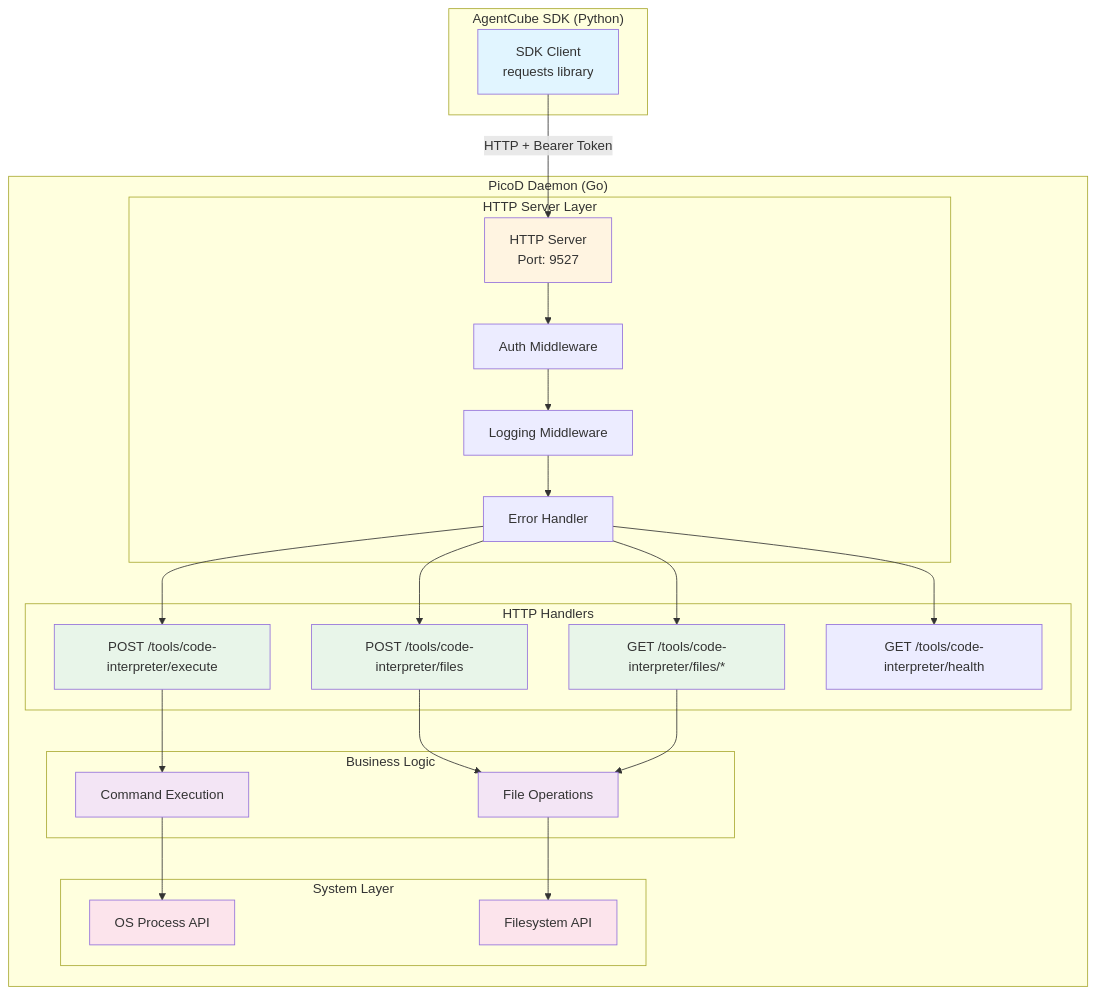
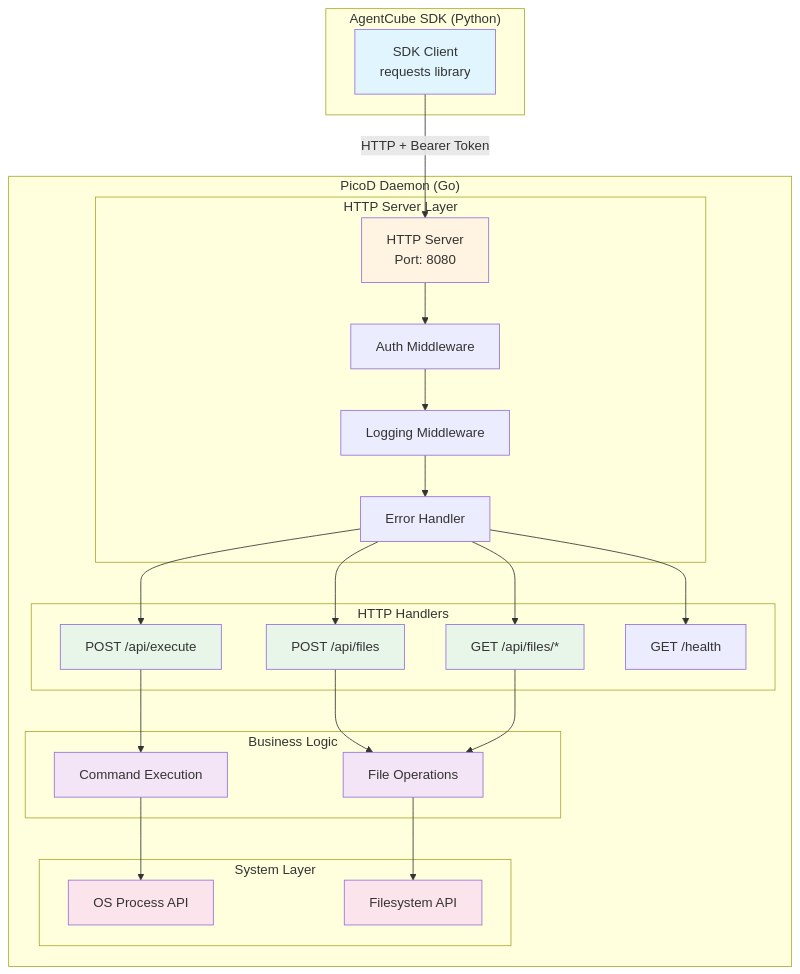
Before and after one commit to volcano-sh/agentcube: the first of 4 diagrams in docs/design/picod-proposal.md, drawn with Mermaid. The commit also changed other lines of this file, not shown here.

````diff
--- a/docs/design/picod-proposal.md
+++ b/docs/design/picod-proposal.md
@@ -125,57 +126,57 @@
 ```mermaid
 graph TB
     subgraph Client["AgentCube SDK (Python)"]
         SDK[SDK Client<br/>requests library]
     end
     
     subgraph PicoD["PicoD Daemon (Go)"]
         subgraph Server["HTTP Server Layer"]
-            HTTPServer[HTTP Server<br/>Port: 9527]
+            HTTPServer[HTTP Server<br/>Port: 8080]
             AuthMiddleware[Auth Middleware]
             LogMiddleware[Logging Middleware]
             ErrorMiddleware[Error Handler]
         end
         
         subgraph Handlers["HTTP Handlers"]
-            ExecuteHandler[POST /tools/code-interpreter/execute]
-            UploadHandler[POST /tools/code-interpreter/files]
-            DownloadHandler[GET /tools/code-interpreter/files/*]
-            HealthHandler[GET /tools/code-interpreter/health]
+            ExecuteHandler[POST /api/execute]
+            UploadHandler[POST /api/files]
+            DownloadHandler[GET /api/files/*]
+            HealthHandler[GET /health]
         end
         
         subgraph Logic["Business Logic"]
             FileOps[File Operations]
             CmdExec[Command Execution]
         end
         
         subgraph System["System Layer"]
             OSProcess[OS Process API]
             Filesystem[Filesystem API]
         end
     end
     
     SDK -->|HTTP + Bearer Token| HTTPServer
     HTTPServer --> AuthMiddleware
     AuthMiddleware --> LogMiddleware
     LogMiddleware --> ErrorMiddleware
     ErrorMiddleware --> ExecuteHandler
     ErrorMiddleware --> UploadHandler
     ErrorMiddleware --> DownloadHandler
     ErrorMiddleware --> HealthHandler
     ExecuteHandler --> CmdExec
     UploadHandler --> FileOps
     DownloadHandler --> FileOps
     FileOps --> Filesystem
     CmdExec --> OSProcess
     
     style SDK fill:#e1f5ff
     style HTTPServer fill:#fff4e1
     style ExecuteHandler fill:#e8f5e9
     style UploadHandler fill:#e8f5e9
     style DownloadHandler fill:#e8f5e9
     style FileOps fill:#f3e5f5
     style CmdExec fill:#f3e5f5
     style OSProcess fill:#fce4ec
     style Filesystem fill:#fce4ec
 
 ```
````
